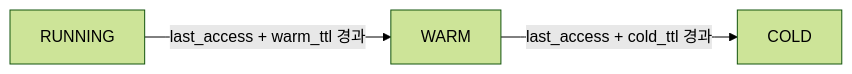
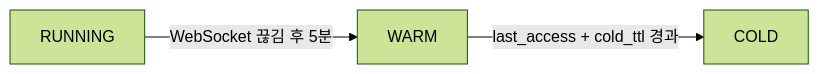
One commit to cagojeiger/code-hub changed the fifth of 6 diagrams in docs/architecture_v2/states.md. Above: the diagram before and after it, drawn with Mermaid (forest theme). The commit also changed other lines of this file and 4 other files, not shown here.

````diff
--- a/docs/architecture_v2/states.md
+++ b/docs/architecture_v2/states.md
@@ -163,9 +163,9 @@
 ```mermaid
 flowchart LR
     R[RUNNING]
     W[WARM]
     C[COLD]
 
-    R -->|"last_access + warm_ttl 경과"| W
+    R -->|"WebSocket 끊김 후 5분"| W
     W -->|"last_access + cold_ttl 경과"| C
 ```
````
